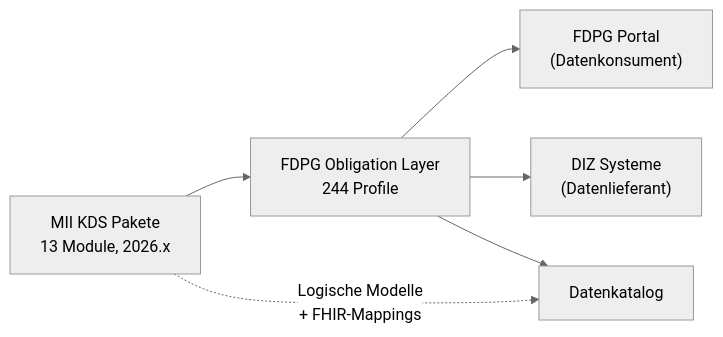
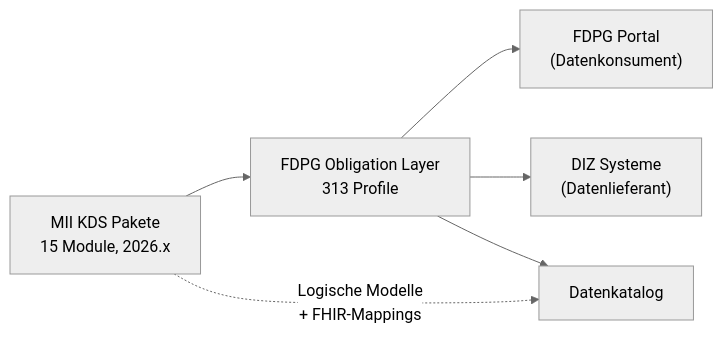
One commit to medizininformatik-initiative/kds-fdpg-layer changed the first of 3 diagrams in reports/modulsprecher-report.md. Above: the diagram before and after it, drawn with Mermaid (neutral theme). The commit also changed other lines of this file and 2 other files, not shown here.

````diff
--- a/reports/modulsprecher-report.md
+++ b/reports/modulsprecher-report.md
@@ -25,8 +25,8 @@
 ```mermaid
 graph LR
-  KDS["MII KDS Pakete<br/>13 Module, 2026.x"] --> FDPG["FDPG Obligation Layer<br/>244 Profile"]
+  KDS["MII KDS Pakete<br/>15 Module, 2026.x"] --> FDPG["FDPG Obligation Layer<br/>313 Profile"]
   FDPG --> Portal["FDPG Portal<br/>(Datenkonsument)"]
   FDPG --> DIZ["DIZ Systeme<br/>(Datenlieferant)"]
   KDS -.->|"Logische Modelle<br/>+ FHIR-Mappings"| DK["Datenkatalog"]
   FDPG --> DK
 ```
````
